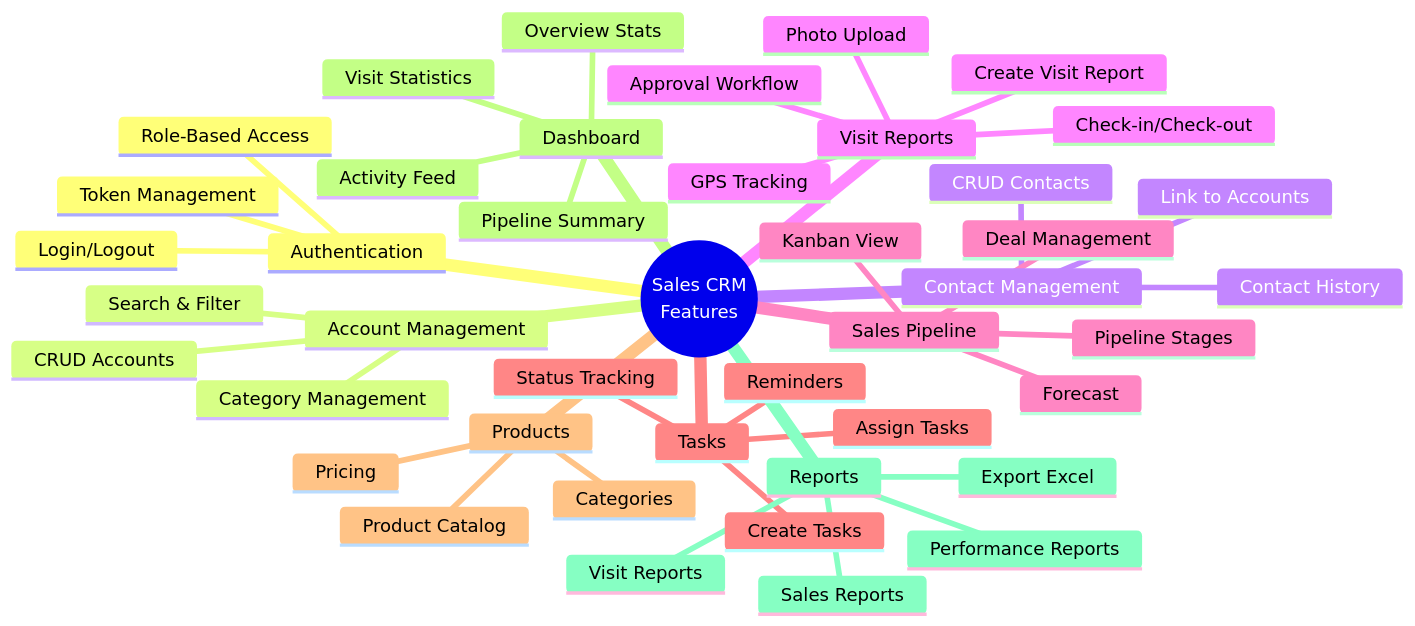
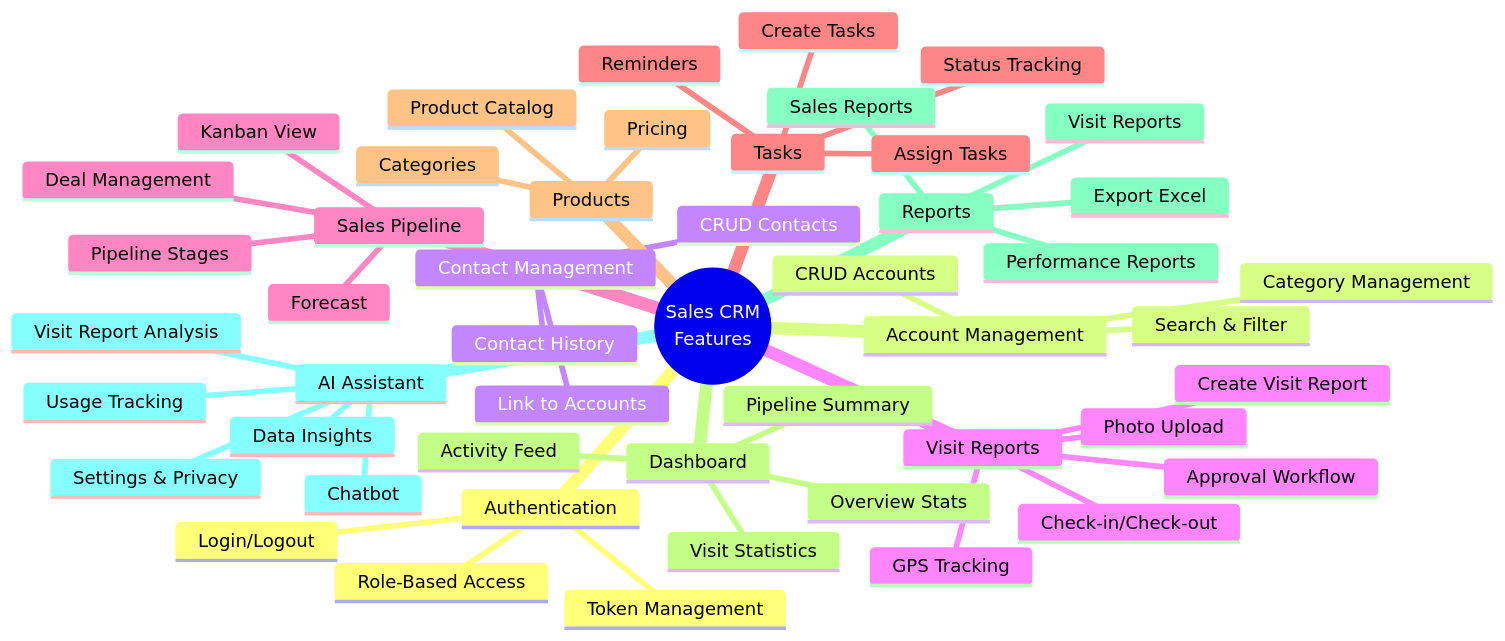
Before and after one commit to Gilabs-Studio/crm-healthcare: the third of 14 diagrams in docs/PROJECT_DIAGRAMS.md, drawn with Mermaid. The commit also changed other lines of this file and 20 other files, not shown here.

Commit message:
feat(ai): implement AI settings management with CRUD operations; enhance chatbot functionality to utilize AI settings for model selection and data privacy controls; add UI components for configuring AI provider, model, and API key; integrate usage tracking and display current usage statistics.

````diff
--- a/docs/PROJECT_DIAGRAMS.md
+++ b/docs/PROJECT_DIAGRAMS.md
@@ -101,46 +111,52 @@
 ```mermaid
 mindmap
   root((Sales CRM<br/>Features))
     Authentication
       Login/Logout
       Token Management
       Role-Based Access
     Account Management
       CRUD Accounts
       Search & Filter
       Category Management
     Contact Management
       CRUD Contacts
       Link to Accounts
       Contact History
     Visit Reports
       Create Visit Report
       Check-in/Check-out
       GPS Tracking
       Photo Upload
       Approval Workflow
     Sales Pipeline
       Pipeline Stages
       Deal Management
       Forecast
       Kanban View
     Tasks
       Create Tasks
       Assign Tasks
       Reminders
       Status Tracking
     Products
       Product Catalog
       Pricing
       Categories
     Dashboard
       Overview Stats
       Visit Statistics
       Pipeline Summary
       Activity Feed
     Reports
       Visit Reports
       Sales Reports
       Performance Reports
       Export Excel
+    AI Assistant
+      Chatbot
+      Visit Report Analysis
+      Data Insights
+      Settings & Privacy
+      Usage Tracking
 ```
````
